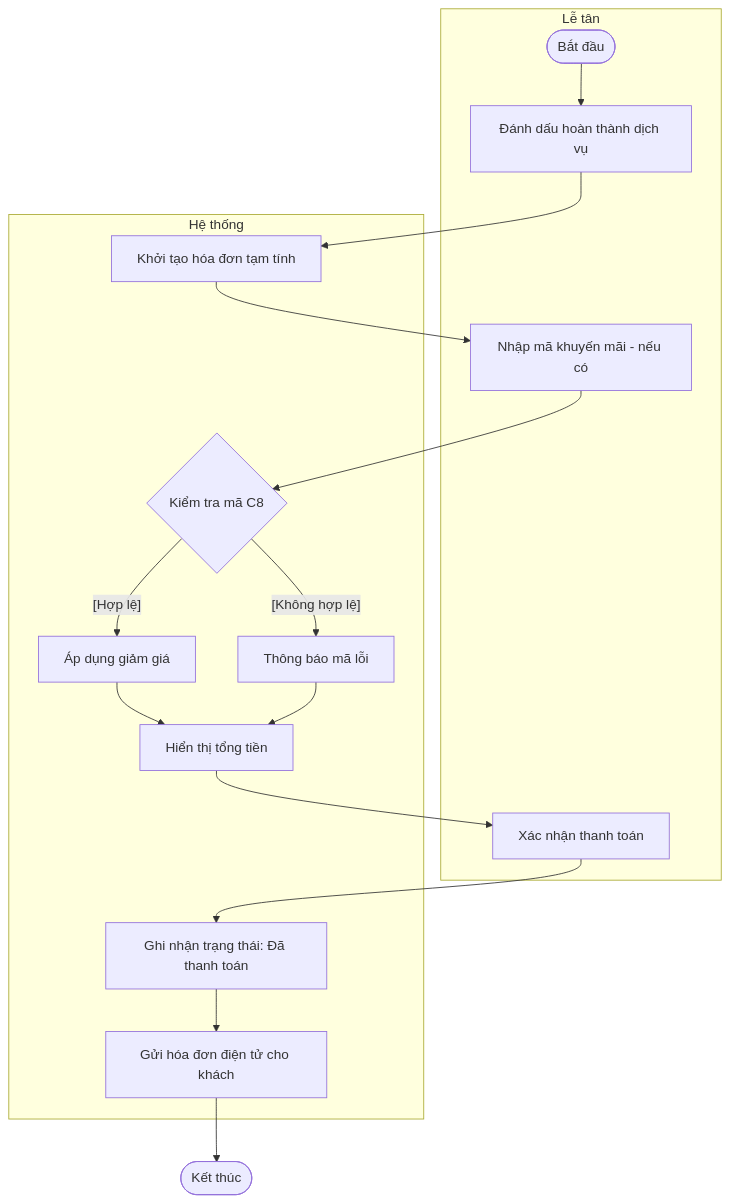
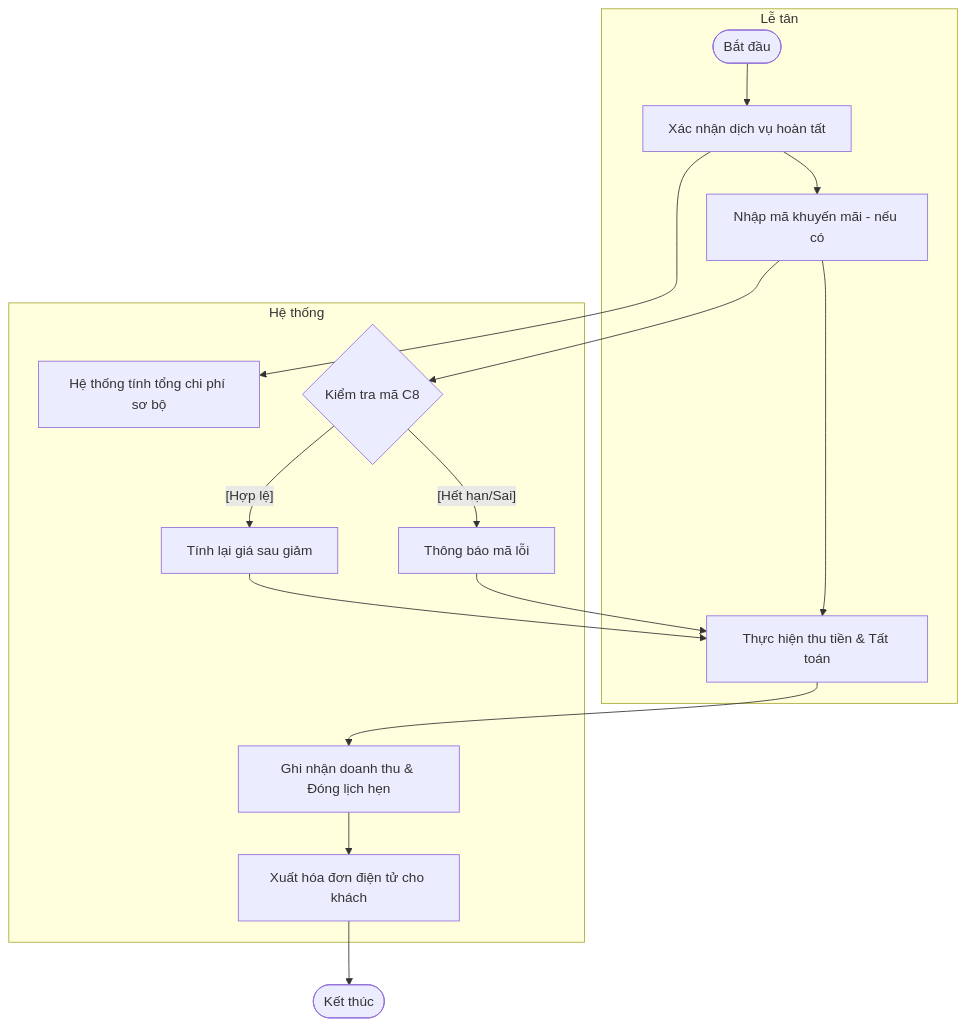
Before and after one commit to ngoctinn/Synapse: the seventh of 10 diagrams in docs/design/activity_diagrams.md, drawn with Mermaid. The commit also changed other lines of this file and 6 other files, not shown here.

Commit message:
docs: Add initial design documentation covering use cases, data specifications, and various system diagrams.

````diff
--- a/docs/design/activity_diagrams.md
+++ b/docs/design/activity_diagrams.md
@@ -200,26 +199,24 @@
 ```mermaid
 flowchart TD
     subgraph LeTan ["Lễ tân"]
-        Start([Bắt đầu]) --> FinishService[Đánh dấu hoàn thành dịch vụ]
-        InputVoucher[Nhập mã khuyến mãi - nếu có]
-        FinalConfirm[Xác nhận thanh toán]
+        Start([Bắt đầu]) --> ServiceDone[Xác nhận dịch vụ hoàn tất]
+        ServiceDone --> InputCoupon[Nhập mã khuyến mãi - nếu có]
+        InputCoupon --> FinalPay[Thực hiện thu tiền & Tất toán]
     end
 
     subgraph HeThong ["Hệ thống"]
-        FinishService --> CreateInvoice[Khởi tạo hóa đơn tạm tính]
-        CreateInvoice --> InputVoucher
+        ServiceDone --> CalcTotal[Hệ thống tính tổng chi phí sơ bộ]
 
-        InputVoucher --> VoucherCheck{Kiểm tra mã C8}
-        VoucherCheck -- "[Hợp lệ]" --> ApplyDiscount[Áp dụng giảm giá]
-        VoucherCheck -- "[Không hợp lệ]" --> ShowVoucherError[Thông báo mã lỗi]
+        InputCoupon --> couponVerify{Kiểm tra mã C8}
+        couponVerify -- "[Hợp lệ]" --> ApplyDiscount[Tính lại giá sau giảm]
+        couponVerify -- "[Hết hạn/Sai]" --> ErrorCoupon[Thông báo mã lỗi]
 
-        ApplyDiscount --> ShowTotal[Hiển thị tổng tiền]
-        ShowVoucherError --> ShowTotal
+        ApplyDiscount --> FinalPay
+        ErrorCoupon --> FinalPay
 
-        ShowTotal --> FinalConfirm
-        FinalConfirm --> BillPAID[Ghi nhận trạng thái: Đã thanh toán]
-        BillPAID --> SendEInvoice[Gửi hóa đơn điện tử cho khách]
+        FinalPay --> RecordTrans[Ghi nhận doanh thu & Đóng lịch hẹn]
+        RecordTrans --> PrintBill[Xuất hóa đơn điện tử cho khách]
     end
 
-    SendEInvoice --> End([Kết thúc])
+    PrintBill --> End([Kết thúc])
 ```
````
